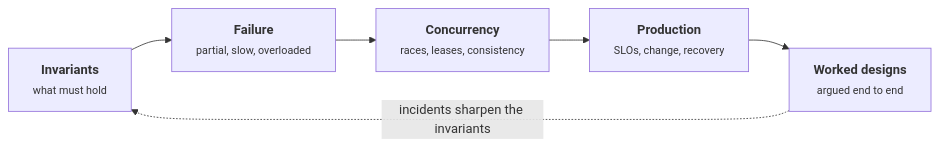
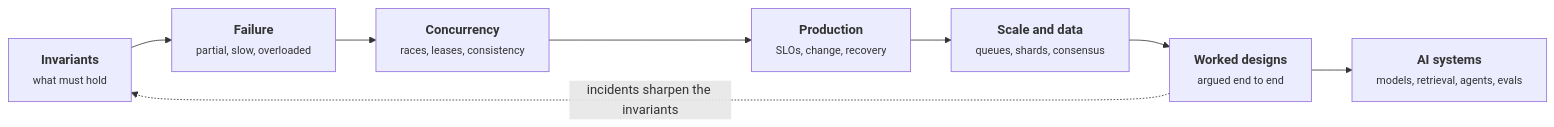
One commit to hritesh-sonawane/hritesh-sonawane.github.io changed the diagram in site/content/notes/systems-design/_index.md. Above: the diagram before and after it, drawn with Mermaid. The commit also changed other lines of this file and 225 other files, not shown here.

````diff
--- a/site/content/notes/systems-design/_index.md
+++ b/site/content/notes/systems-design/_index.md
@@ -25,13 +31,16 @@
 ```mermaid {title="From a promise to a working design"}
 flowchart LR
   I["<b>Invariants</b><br/><small>what must hold</small>"] --> F["<b>Failure</b><br/><small>partial, slow, overloaded</small>"]
   F --> C["<b>Concurrency</b><br/><small>races, leases, consistency</small>"]
   C --> P["<b>Production</b><br/><small>SLOs, change, recovery</small>"]
-  P --> W["<b>Worked designs</b><br/><small>argued end to end</small>"]
+  P --> S["<b>Scale and data</b><br/><small>queues, shards, consensus</small>"]
+  S --> W["<b>Worked designs</b><br/><small>argued end to end</small>"]
+  W --> A["<b>AI systems</b><br/><small>models, retrieval, agents, evals</small>"]
   W -.->|"incidents sharpen the invariants"| I
   class I neutral
-  class F warn
   class C memory
   class P compute
   class W good
+  class S queue
+  class A compute
 ```
````
